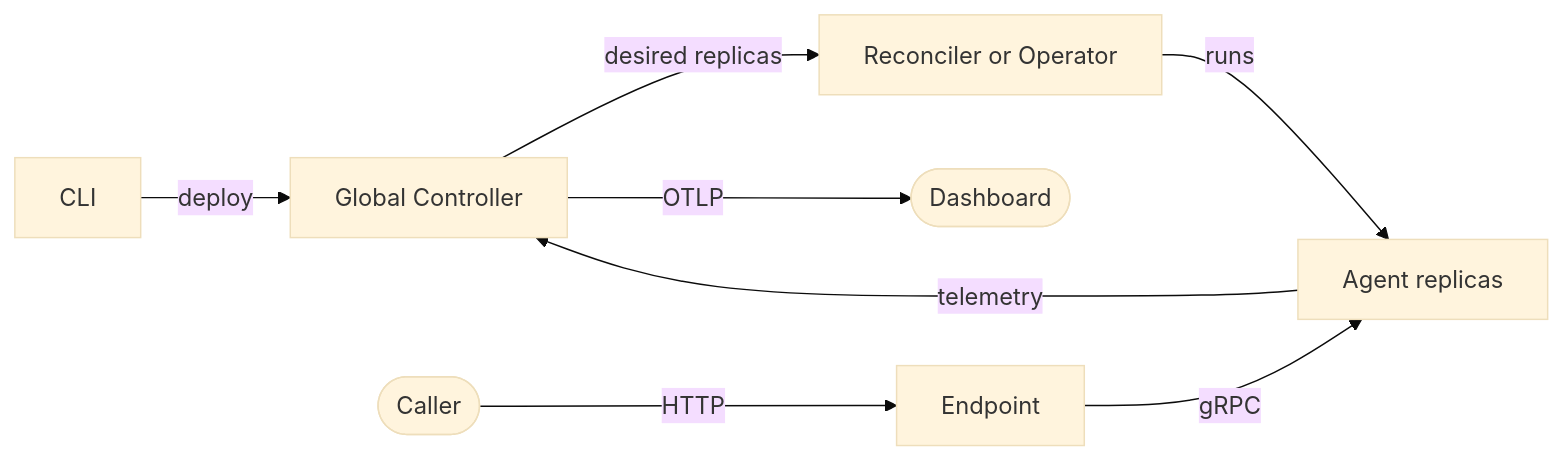
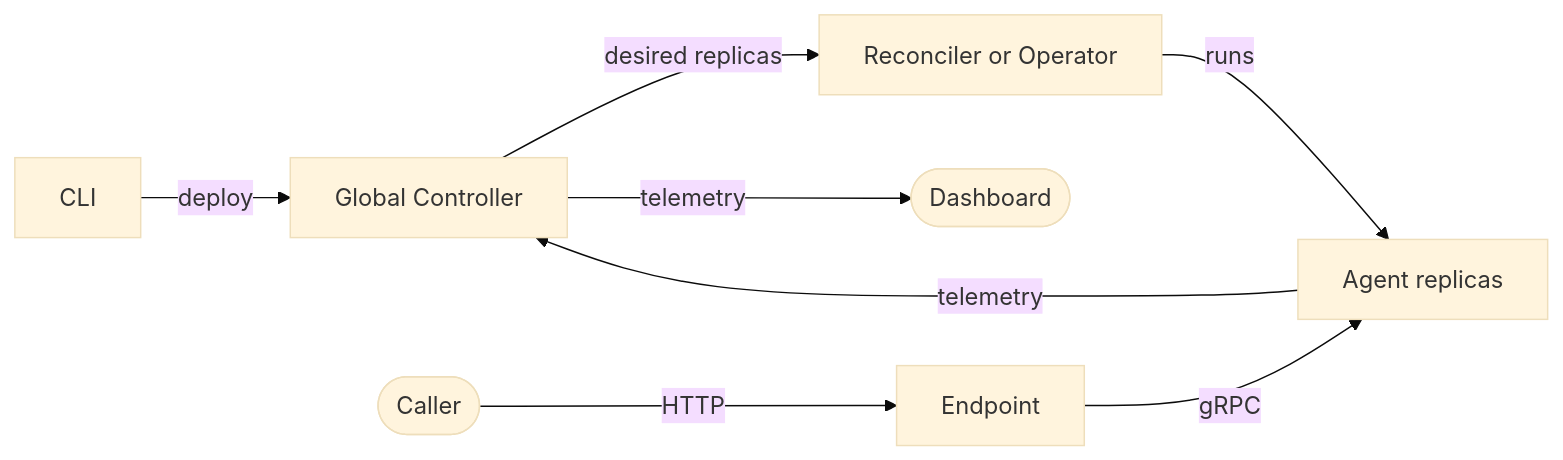
One commit to CanyonCodeCoreAI/canyonos changed the diagram in docs/architecture/README.md. Above: the diagram before and after it, drawn with Mermaid (base theme). The commit also changed other lines of this file and 72 other files, not shown here.

````diff
--- a/docs/architecture/README.md
+++ b/docs/architecture/README.md
@@ -16,10 +16,10 @@
 ```mermaid
 flowchart LR
     cli["CLI"] -->|"deploy"| gc["Global Controller"]
     gc -->|"desired replicas"| orch["Reconciler or Operator"]
     orch -->|"runs"| rep["Agent replicas"]
     caller(["Caller"]) -->|"HTTP"| ep["Endpoint"]
     ep -->|"gRPC"| rep
     rep -->|"telemetry"| gc
-    gc -->|"OTLP"| dash(["Dashboard"])
+    gc -->|"telemetry"| dash(["Dashboard"])
 ```
````
